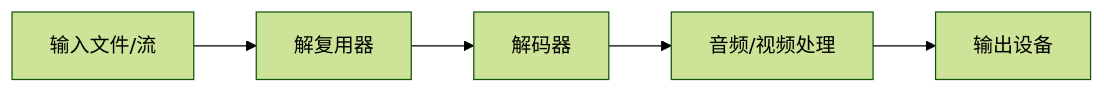
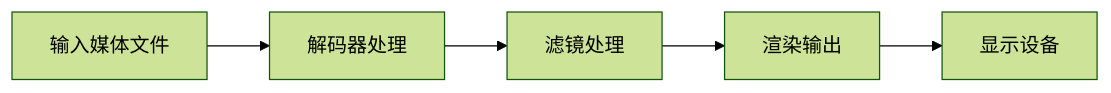
Diagram 12 of 12 in reports/2026/01/2026-01-13.md (wayyoungboy/github-trending-reporter), drawn with Mermaid (forest theme) before and after one commit. The commit also changed other lines of this file and 1 other file, not shown here.

````diff
--- a/reports/2026/01/2026-01-13.md
+++ b/reports/2026/01/2026-01-13.md
@@ -625,7 +630,7 @@
 ```mermaid
 graph LR
-    A[输入文件/流] --> B[解复用器]
-    B --> C[解码器]
-    C --> D[音频/视频处理]
-    D --> E[输出设备]
+    A[输入媒体文件] --> B[解码器处理]
+    B --> C[滤镜处理]
+    C --> D[渲染输出]
+    D --> E[显示设备]
 ```
````
